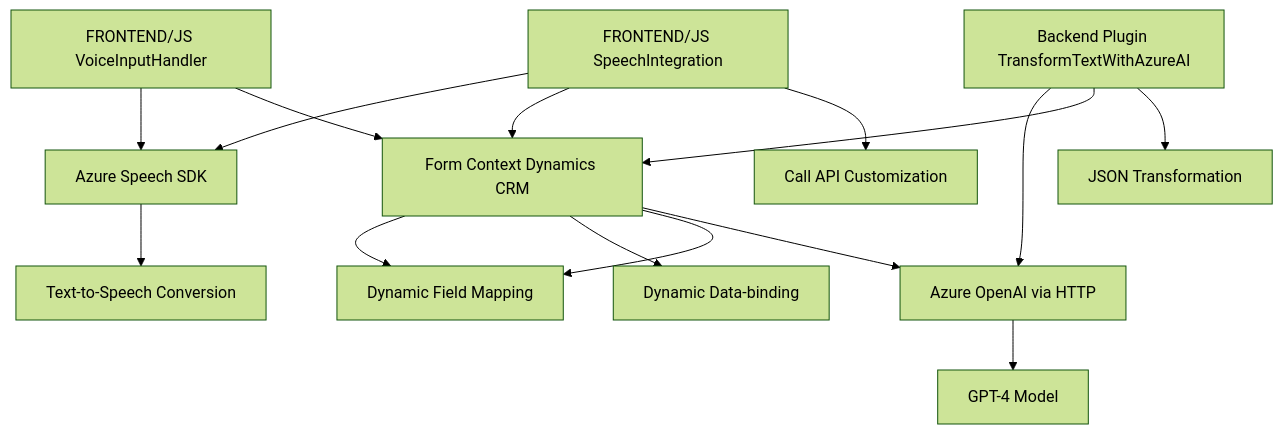
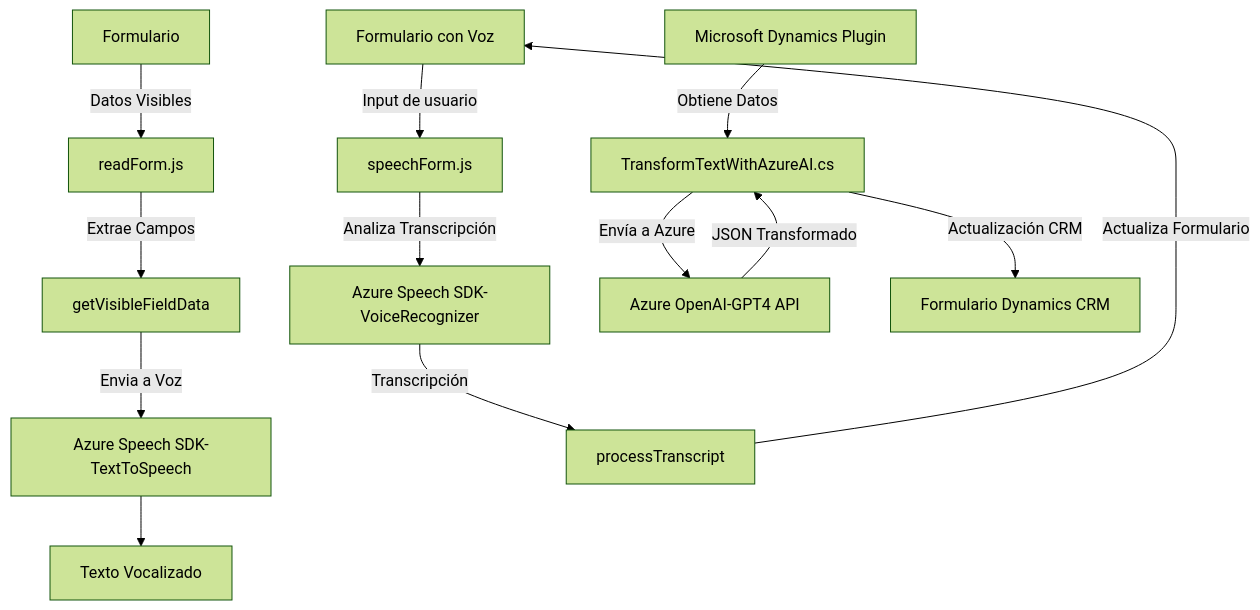
One commit to blopezdm/NETCORE_BILBAO2025 changed the diagram in README.md. Above: the diagram before and after it, drawn with Mermaid (forest theme). The commit also changed other lines of this file, not shown here.

Commit message:
Actualizar análisis global de la solución con IA

````diff
--- a/README.md
+++ b/README.md
@@ -52,19 +46,17 @@
 ```mermaid
 graph TD
-    A["FRONTEND/JS VoiceInputHandler"] --> B["Azure Speech SDK"]
-    A["FRONTEND/JS VoiceInputHandler"] --> C["Form Context Dynamics CRM"]
-    C["Form Context Dynamics CRM"] --> D["Dynamic Field Mapping"]
-    C --> E["Dynamic Data-binding"]
-    B --> F["Text-to-Speech Conversion"]
+    A["Formulario"] -->|Datos Visibles| B["readForm.js"]
+    B -->|Extrae Campos| C["getVisibleFieldData"]
+    C -->|Envia a Voz| D["Azure Speech SDK-TextToSpeech"]
+    D --> F["Texto Vocalizado"]
 
-    G["FRONTEND/JS SpeechIntegration"] --> B
-    G --> C
-    G --> H["Call API Customization"]
-    C --> D
+    G["Formulario con Voz"] -->|Input de usuario| H["speechForm.js"]
+    H -->|Analiza Transcripción| I["Azure Speech SDK-VoiceRecognizer"]
+    I -->|Transcripción| J["processTranscript"]
+    J -->|Actualiza Formulario| G 
 
-    I["Backend Plugin TransformTextWithAzureAI"] --> J["Azure OpenAI via HTTP"]
-    J --> K["GPT-4 Model"]
-    I --> C
-    C --> J
-    I --> L["JSON Transformation"]
+    K["Microsoft Dynamics Plugin"] -->|Obtiene Datos| L["TransformTextWithAzureAI.cs"]
+    L -->|Envía a Azure| M["Azure OpenAI-GPT4 API"]
+    M -->|JSON Transformado| L
+    L -->|Actualización CRM| N["Formulario Dynamics CRM"]
 ```
````
